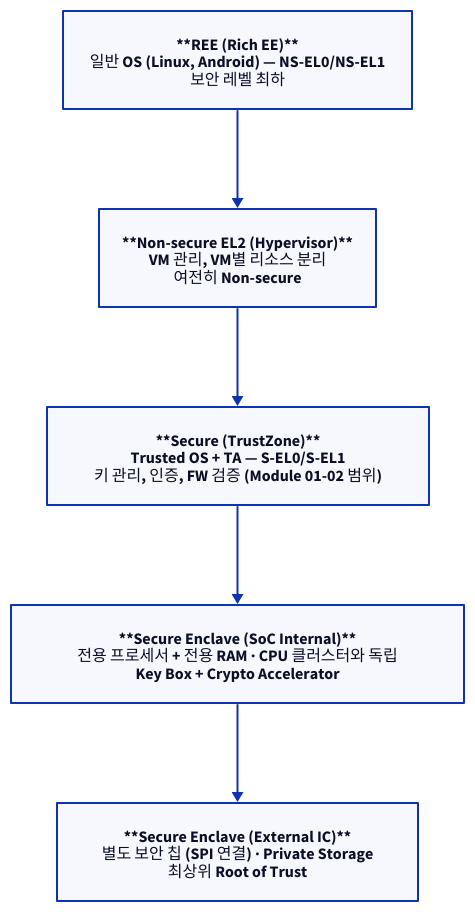
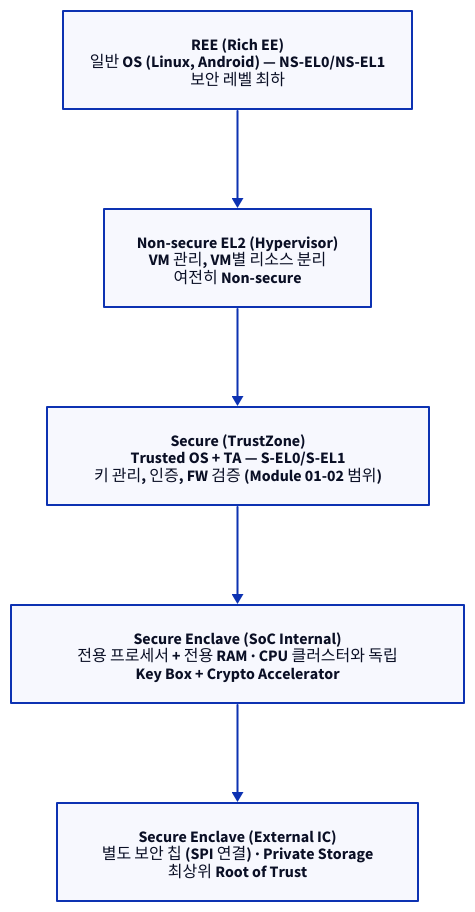
One commit to humbleowl39/DV_SKOOL changed the third of 7 diagrams in starlight_site/src/content/docs/arm_security/02a_secure_enclave_and_tee_hierarchy.md. Above: the diagram before and after it, drawn with D2. The commit also changed other lines of this file and 714 other files, not shown here.

First line of the commit message:
fix(site): d2 다이어그램 가독성 결함 6종 일괄 수정

````diff
--- a/starlight_site/src/content/docs/arm_security/02a_secure_enclave_and_tee_hierarchy.md
+++ b/starlight_site/src/content/docs/arm_security/02a_secure_enclave_and_tee_hierarchy.md
@@ -148,13 +148,13 @@
 ```d2
 direction: down
 
-REE: "**REE (Rich EE)**\n일반 OS (Linux, Android) — NS-EL0/NS-EL1\n보안 레벨 최하"
-NSEL2: "**Non-secure EL2 (Hypervisor)**\nVM 관리, VM별 리소스 분리\n여전히 Non-secure"
-TZ: "**Secure (TrustZone)**\nTrusted OS + TA — S-EL0/S-EL1\n키 관리, 인증, FW 검증 (Module 01-02 범위)"
-INT: "**Secure Enclave (SoC Internal)**\n전용 프로세서 + 전용 RAM · CPU 클러스터와 독립\nKey Box + Crypto Accelerator"
-EXT: "**Secure Enclave (External IC)**\n별도 보안 칩 (SPI 연결) · Private Storage\n최상위 Root of Trust"
+REE: "REE (Rich EE)\n일반 OS (Linux, Android) — NS-EL0/NS-EL1\n보안 레벨 최하"
+NSEL2: "Non-secure EL2 (Hypervisor)\nVM 관리, VM별 리소스 분리\n여전히 Non-secure"
+TZ: "Secure (TrustZone)\nTrusted OS + TA — S-EL0/S-EL1\n키 관리, 인증, FW 검증 (Module 01-02 범위)"
+INT: "Secure Enclave (SoC Internal)\n전용 프로세서 + 전용 RAM · CPU 클러스터와 독립\nKey Box + Crypto Accelerator"
+EXT: "Secure Enclave (External IC)\n별도 보안 칩 (SPI 연결) · Private Storage\n최상위 Root of Trust"
 REE -> NSEL2
 NSEL2 -> TZ
 TZ -> INT
 INT -> EXT
 ```
````
